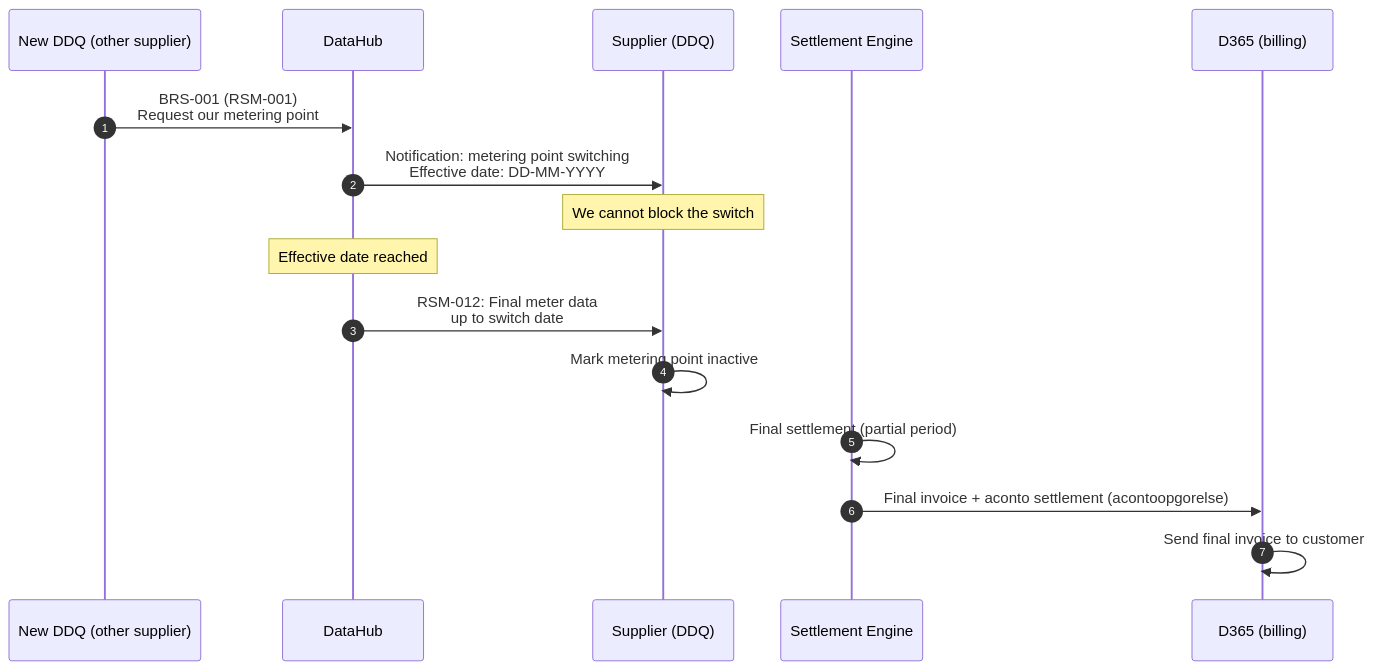
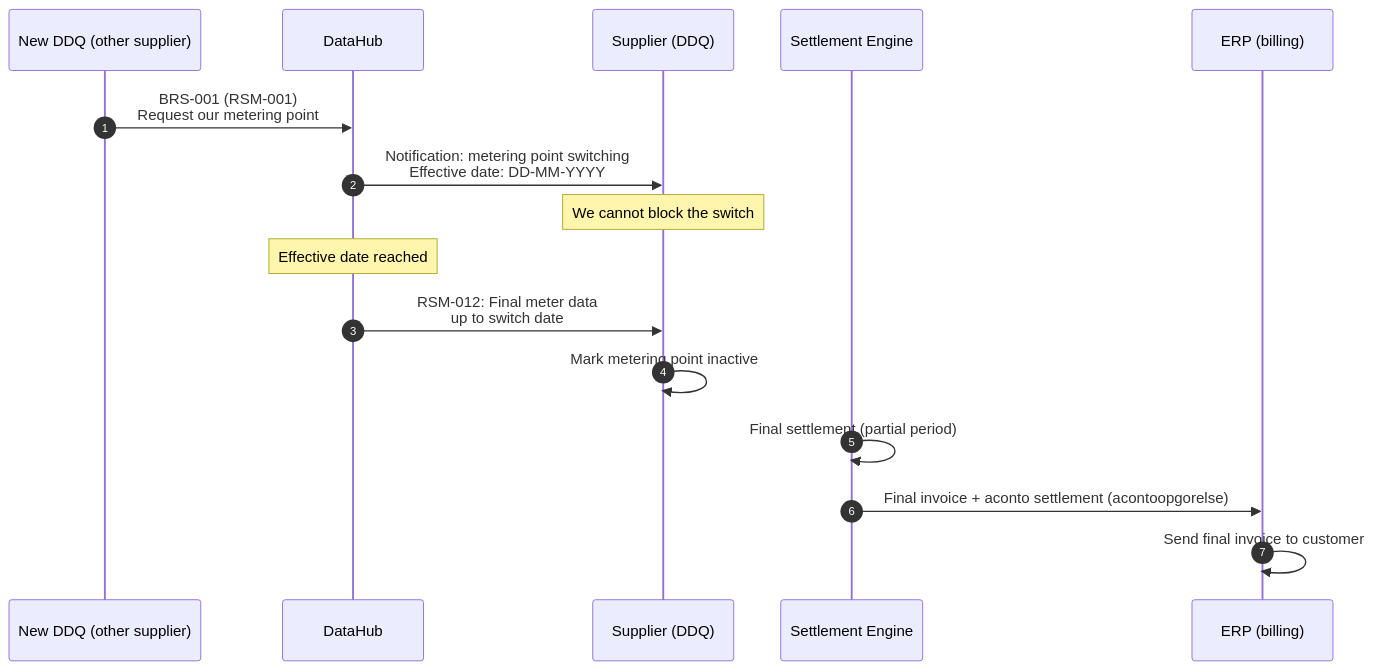
The fourth of 7 diagrams in docs/datahub3-sequence-diagrams.md (kloppnr1/DataHub.Exploration), drawn with Mermaid before and after one commit. The commit also changed other lines of this file and 4 other files, not shown here.

````diff
--- a/docs/datahub3-sequence-diagrams.md
+++ b/docs/datahub3-sequence-diagrams.md
@@ -145,24 +145,24 @@
 ```mermaid
 sequenceDiagram
     autonumber
     participant NyDDQ as New DDQ (other supplier)
     participant DH as DataHub
     participant DDQ as Supplier (DDQ)
     participant Settl as Settlement Engine
-    participant D365 as D365 (billing)
+    participant ERP as ERP (billing)
 
     NyDDQ->>DH: BRS-001 (RSM-001)<br/>Request our metering point
     DH->>DDQ: Notification: metering point switching<br/>Effective date: DD-MM-YYYY
 
     Note over DDQ: We cannot block the switch
 
     Note over DH: Effective date reached
 
     DH->>DDQ: RSM-012: Final meter data<br/>up to switch date
 
     DDQ->>DDQ: Mark metering point inactive
 
     Settl->>Settl: Final settlement (partial period)
-    Settl->>D365: Final invoice + aconto settlement (acontoopgorelse)
-    D365->>D365: Send final invoice to customer
+    Settl->>ERP: Final invoice + aconto settlement (acontoopgorelse)
+    ERP->>ERP: Send final invoice to customer
 ```
````
